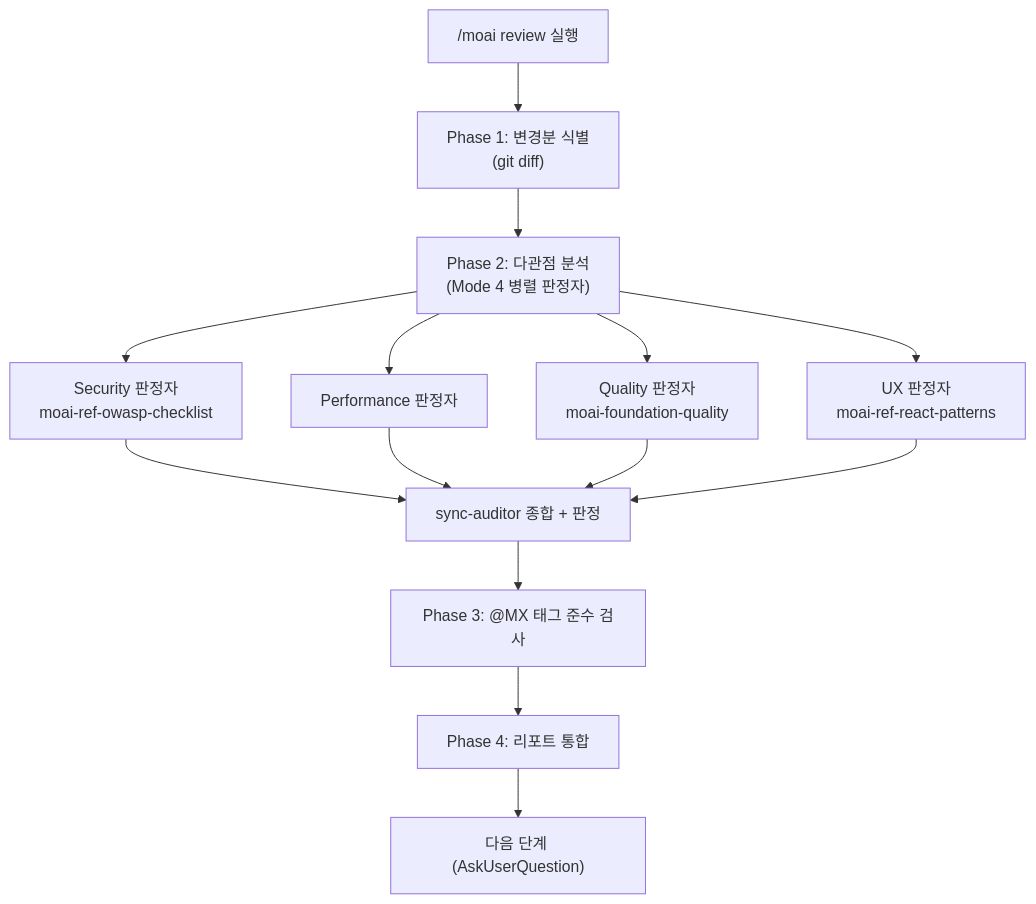
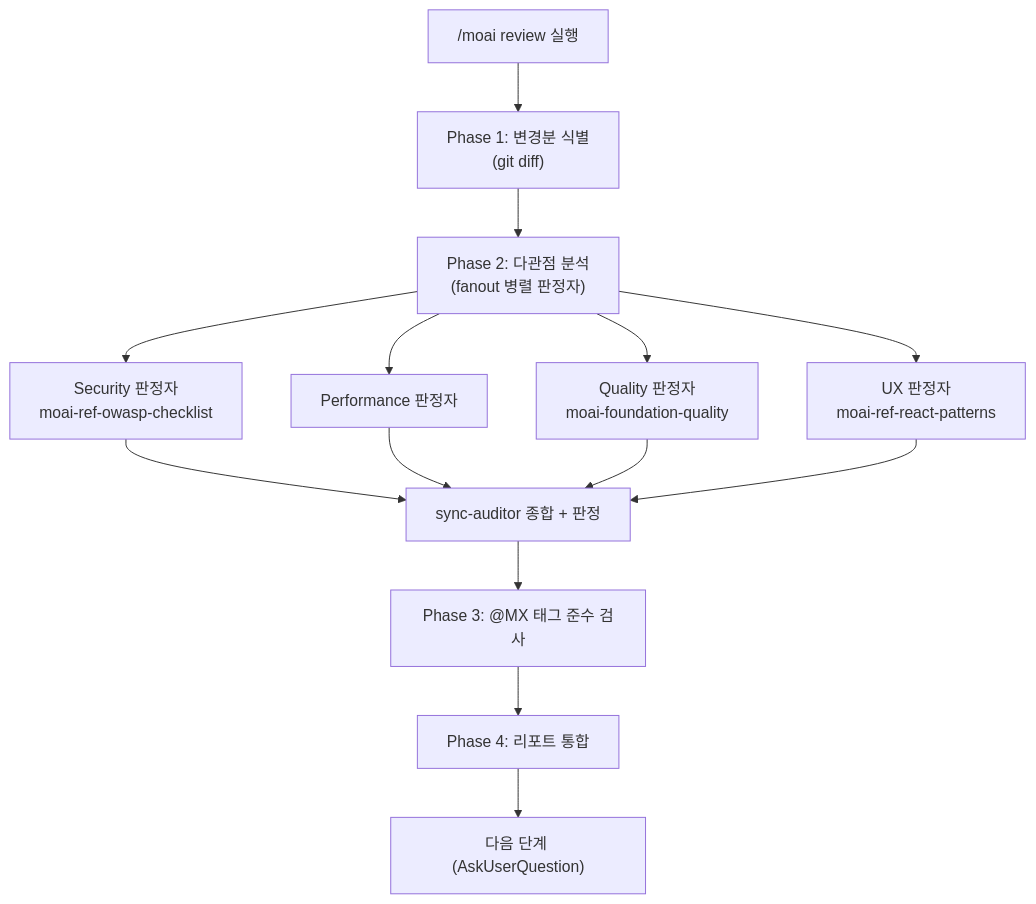
One commit to modu-ai/moai-adk changed the diagram in docs-site/content/ko/utility-commands/moai-review.md. Above: the diagram before and after it, drawn with Mermaid. The commit also changed other lines of this file and 80 other files, not shown here.

````diff
--- a/docs-site/content/ko/utility-commands/moai-review.md
+++ b/docs-site/content/ko/utility-commands/moai-review.md
@@ -36,19 +36,19 @@
 ```mermaid
 flowchart TD
     Start["/moai review 실행"] --> Phase1["Phase 1: 변경분 식별<br/>(git diff)"]
-    Phase1 --> Phase2["Phase 2: 다관점 분석<br/>(Mode 4 병렬 판정자)"]
+    Phase1 --> Phase2["Phase 2: 다관점 분석<br/>(fanout 병렬 판정자)"]
 
     Phase2 --> Sec["Security 판정자<br/>moai-ref-owasp-checklist"]
     Phase2 --> Perf["Performance 판정자"]
     Phase2 --> Qual["Quality 판정자<br/>moai-foundation-quality"]
     Phase2 --> UX["UX 판정자<br/>moai-ref-react-patterns"]
 
     Sec --> Synth["sync-auditor 종합 + 판정"]
     Perf --> Synth
     Qual --> Synth
     UX --> Synth
 
     Synth --> Phase3["Phase 3: @MX 태그 준수 검사"]
     Phase3 --> Phase4["Phase 4: 리포트 통합"]
     Phase4 --> Next["다음 단계 (AskUserQuestion)"]
 ```
````
